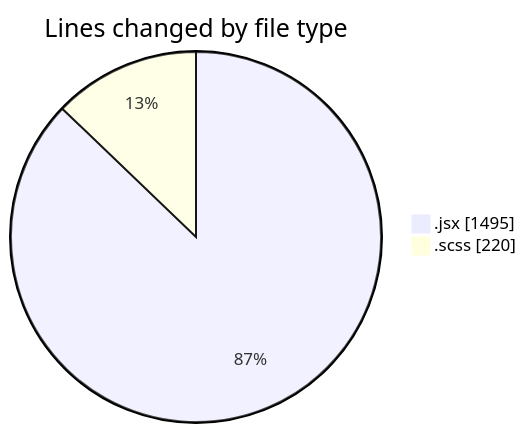
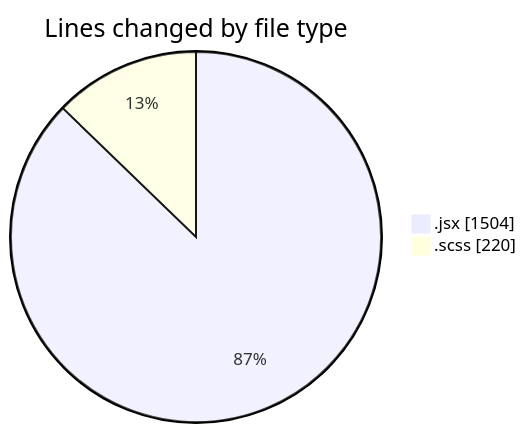
Before and after one commit to momahboobian/code-tracking: the first of 2 diagrams in 2026-09-02/cda/README.md, drawn with Mermaid. The commit also changed other lines of this file and 1 other file, not shown here.

````diff
--- a/2026-09-02/cda/README.md
+++ b/2026-09-02/cda/README.md
@@ -26,6 +26,6 @@
 ```mermaid
 pie showData
 title Lines changed by file type
-".jsx" : 1495
+".jsx" : 1504
 ".scss" : 220
 ```
````
